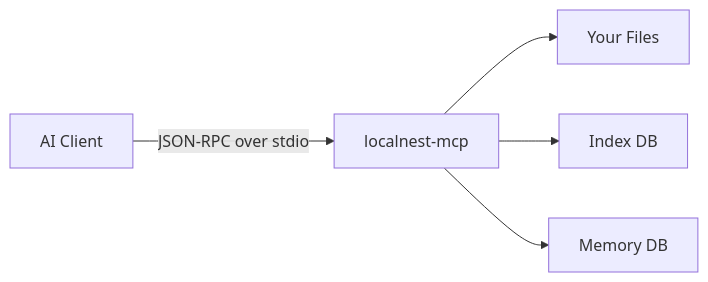
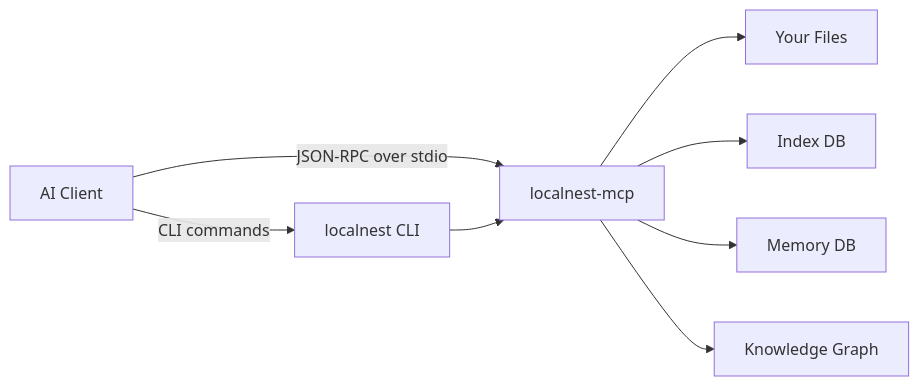
One commit to wmt-mobile/localnest changed the first of 9 diagrams in localnest-docs/docs/architecture.md. Above: the diagram before and after it, drawn with Mermaid. The commit also changed other lines of this file and 4 other files, not shown here.

````diff
--- a/localnest-docs/docs/architecture.md
+++ b/localnest-docs/docs/architecture.md
@@ -37,7 +37,10 @@
 ```mermaid
 flowchart LR
     A["AI Client"] -->|JSON-RPC over stdio| B["localnest-mcp"]
     B --> C["Your Files"]
     B --> D["Index DB"]
     B --> E["Memory DB"]
+    B --> F["Knowledge Graph"]
+    A -->|CLI commands| G["localnest CLI"]
+    G --> B
 ```
````
